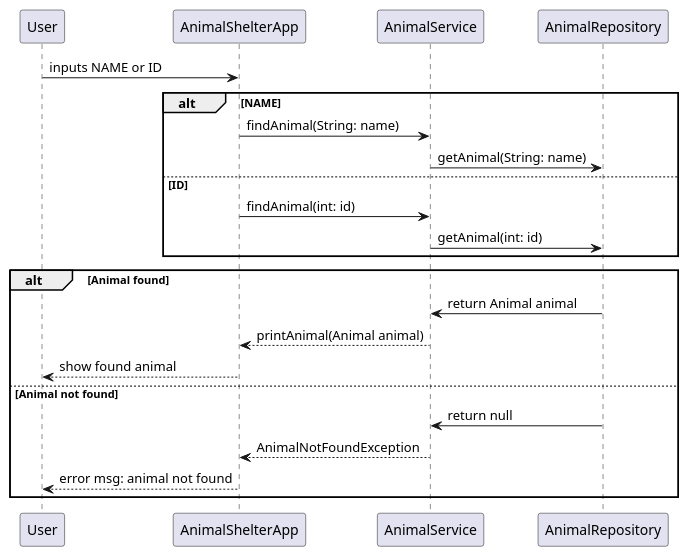
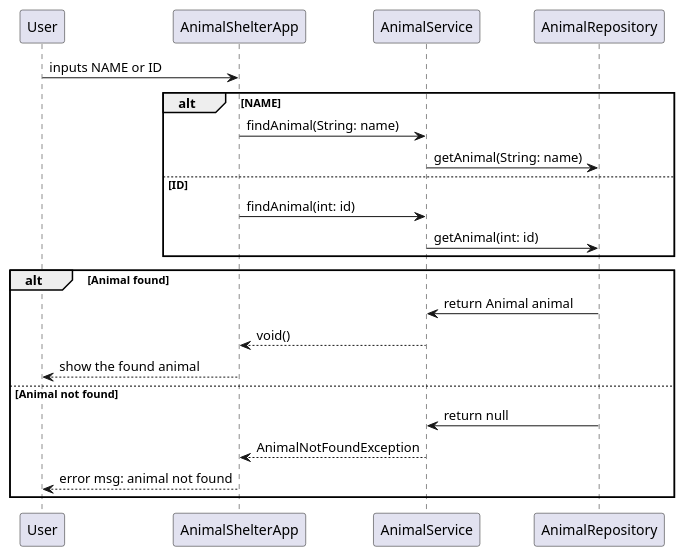
One commit to RaphaelZintec/AnimalShelterTest changed the diagram in analysis/sequence_findanimal.puml. Above: the diagram before and after it, drawn with PlantUML. The commit also changed 5 other files, not shown here.

Commit message:
sequence diagram update

```diff
--- a/analysis/sequence_findanimal.puml
+++ b/analysis/sequence_findanimal.puml
@@ -1,22 +1,22 @@
 @startuml
 
 User -> AnimalShelterApp : inputs NAME or ID
 alt NAME
 AnimalShelterApp -> AnimalService : findAnimal(String: name)
 AnimalService -> AnimalRepository : getAnimal(String: name)
 else ID
 AnimalShelterApp -> AnimalService : findAnimal(int: id)
 AnimalService -> AnimalRepository : getAnimal(int: id)
 end
 
 alt Animal found
 AnimalService <- AnimalRepository : return Animal animal
-AnimalShelterApp <-- AnimalService : printAnimal(Animal animal)
-User <-- AnimalShelterApp : show found animal
+AnimalShelterApp <-- AnimalService : void()
+User <-- AnimalShelterApp : show the found animal
 else Animal not found
 AnimalService <- AnimalRepository : return null
 AnimalShelterApp <-- AnimalService : AnimalNotFoundException
 User <-- AnimalShelterApp : error msg: animal not found
 end
 
 @enduml
```
